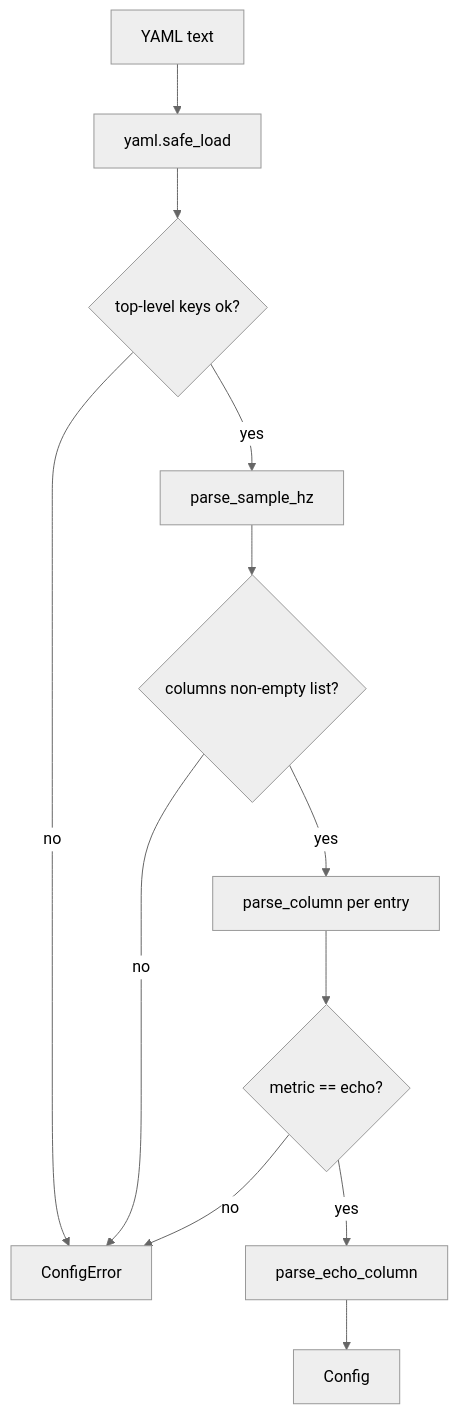
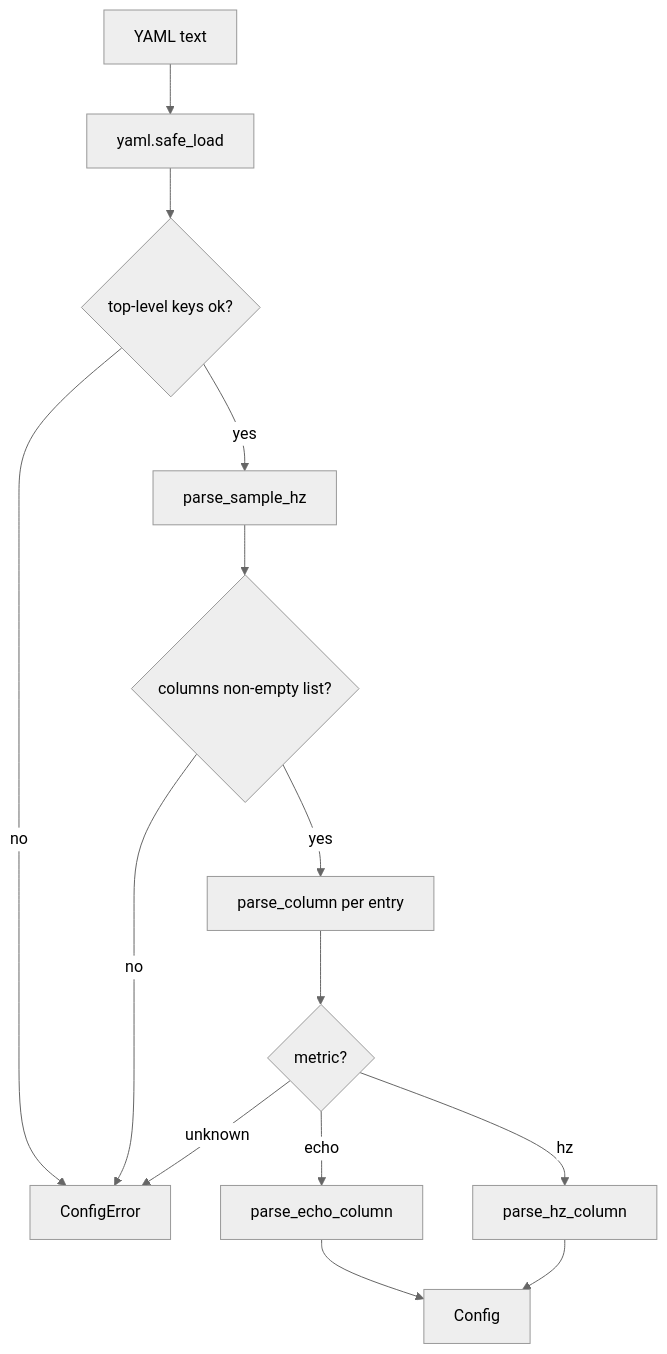
One commit to Boston-Robot-Hackers/metawtf changed the diagram in 01-literate/01-config.md. Above: the diagram before and after it, drawn with Mermaid (neutral theme). The commit also changed other lines of this file and 34 other files, not shown here.

````diff
--- a/01-literate/01-config.md
+++ b/01-literate/01-config.md
@@ -77,14 +105,16 @@
 ```mermaid
 flowchart TD
     A[YAML text] --> B[yaml.safe_load]
     B --> C{top-level keys ok?}
     C -->|no| E[ConfigError]
     C -->|yes| D[parse_sample_hz]
     D --> F{columns non-empty list?}
     F -->|no| E
     F -->|yes| G[parse_column per entry]
-    G --> H{metric == echo?}
-    H -->|no| E
-    H -->|yes| I[parse_echo_column]
+    G --> H{metric?}
+    H -->|unknown| E
+    H -->|echo| I[parse_echo_column]
+    H -->|hz| K[parse_hz_column]
     I --> J[Config]
+    K --> J
 ```
````
